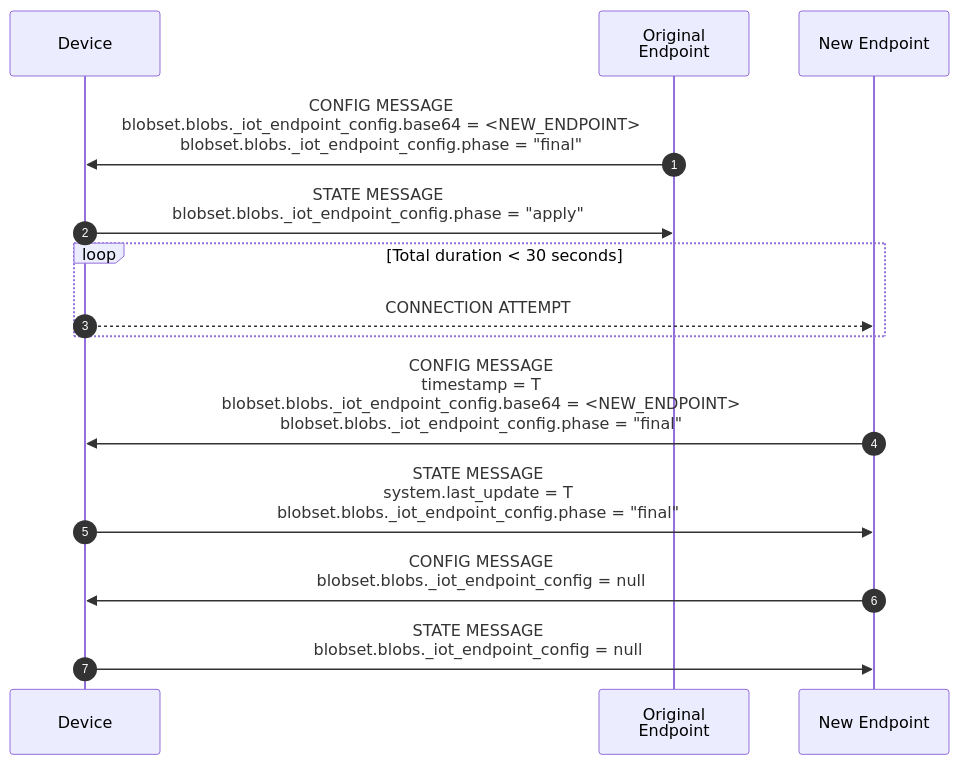
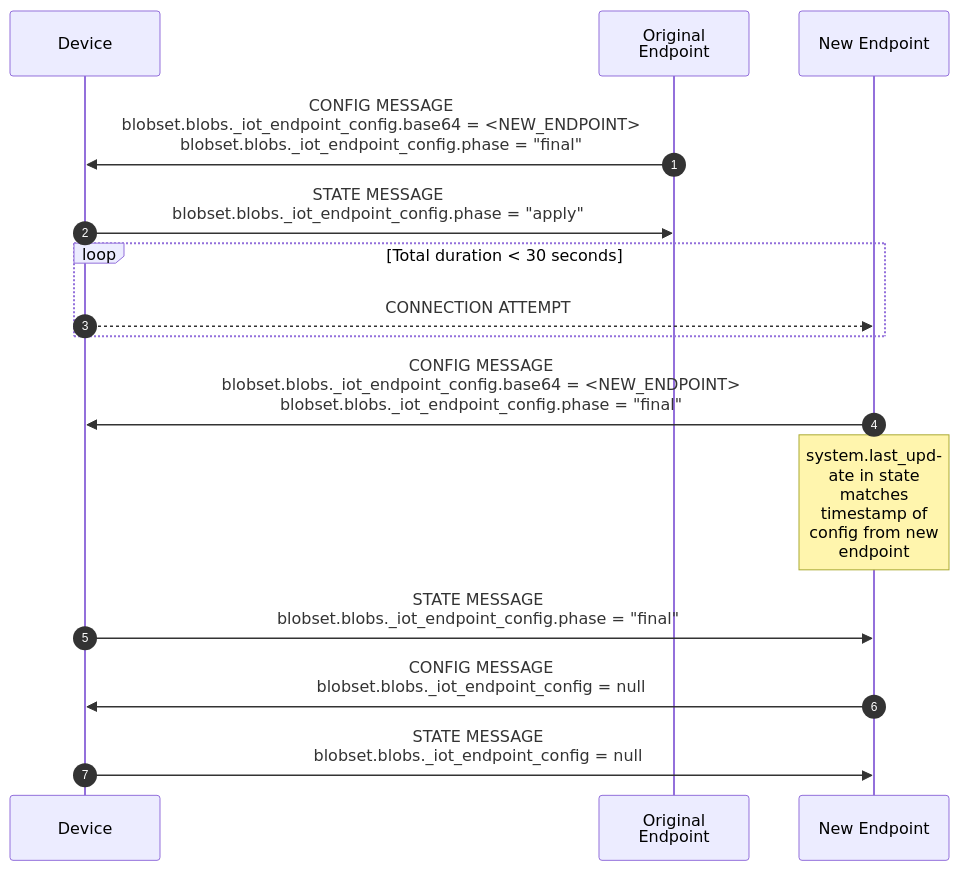
Before and after one commit to faucetsdn/udmi: the first of 2 diagrams in docs/specs/sequences/endpoint_reconfiguration.md, drawn with Mermaid. The commit also changed other lines of this file and 1 other file, not shown here.

Commit message:
comments - last update new endpoint

````diff
--- a/docs/specs/sequences/endpoint_reconfiguration.md
+++ b/docs/specs/sequences/endpoint_reconfiguration.md
@@ -20,17 +20,18 @@
 ```mermaid
 %%{wrap}%%
 sequenceDiagram
     autonumber
     participant D as Device
     participant E as Original Endpoint
     participant E' as New Endpoint
     E->>D:CONFIG MESSAGE<br/>blobset.blobs._iot_endpoint_config.base64 = <NEW_ENDPOINT><br/>blobset.blobs._iot_endpoint_config.phase = "final"
     D->>E:STATE MESSAGE<br/>blobset.blobs._iot_endpoint_config.phase = "apply"
     loop Total duration < 30 seconds
     D-->>E':CONNECTION ATTEMPT
     end
-    E'->>D:CONFIG MESSAGE<br>timestamp = T<br/>blobset.blobs._iot_endpoint_config.base64 = <NEW_ENDPOINT><br>blobset.blobs._iot_endpoint_config.phase = "final"
-    D->>E':STATE MESSAGE<br/>system.last_update = T<br/>blobset.blobs._iot_endpoint_config.phase = "final"
+    E'->>D:CONFIG MESSAGE<br/>blobset.blobs._iot_endpoint_config.base64 = <NEW_ENDPOINT><br/>blobset.blobs._iot_endpoint_config.phase = "final"
+    note over E': system.last_update in state matches timestamp of config from new endpoint
+    D->>E':STATE MESSAGE<br/>blobset.blobs._iot_endpoint_config.phase = "final"
     E'->>D:CONFIG MESSAGE<br/>blobset.blobs._iot_endpoint_config = null
     D->>E':STATE MESSAGE<br/>blobset.blobs._iot_endpoint_config = null
 ```
````
